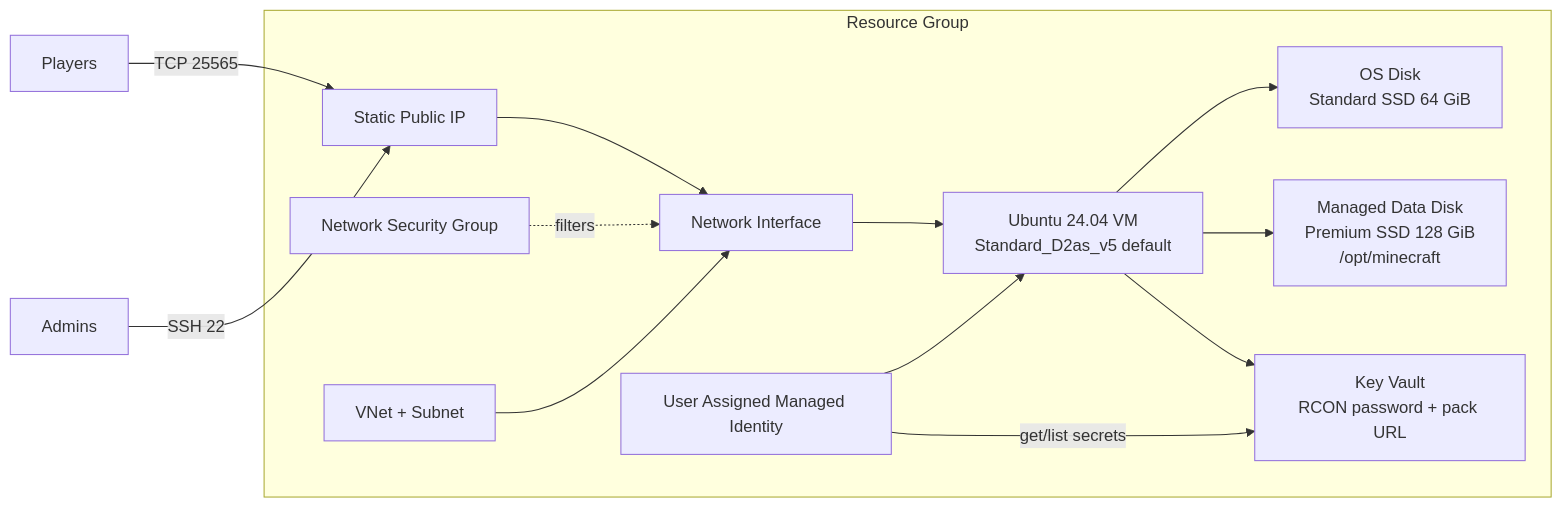
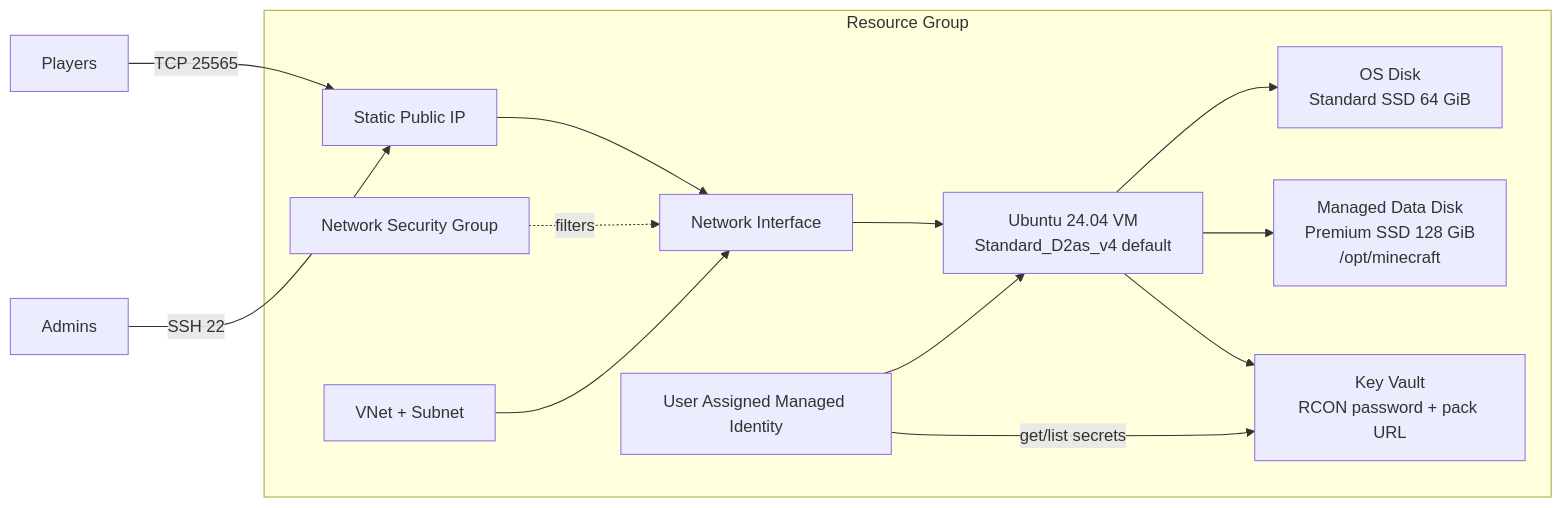
One commit to slayqueearikma-beep/test changed the diagram in terraform/README.md. Above: the diagram before and after it, drawn with Mermaid. The commit also changed other lines of this file and 2 other files, not shown here.

````diff
--- a/terraform/README.md
+++ b/terraform/README.md
@@ -7,27 +7,27 @@
 ```mermaid
 flowchart LR
   players[Players] -->|TCP 25565| pip[Static Public IP]
   admins[Admins] -->|SSH 22| pip
   pip --> nic[Network Interface]
-  nic --> vm[Ubuntu 24.04 VM<br/>Standard_D2as_v5 default]
+  nic --> vm[Ubuntu 24.04 VM<br/>Standard_D2as_v4 default]
   vm --> osdisk[OS Disk<br/>Standard SSD 64 GiB]
   vm --> datadisk[Managed Data Disk<br/>Premium SSD 128 GiB<br/>/opt/minecraft]
   vm --> kv[Key Vault<br/>RCON password + pack URL]
   uami[User Assigned Managed Identity] --> vm
   uami -->|get/list secrets| kv
 
   subgraph rg[Resource Group]
     vnet[VNet + Subnet]
     nsg[Network Security Group]
     pip
     nic
     vm
     osdisk
     datadisk
     kv
     uami
   end
 
   nsg -.filters.-> nic
   vnet --> nic
 ```
````
